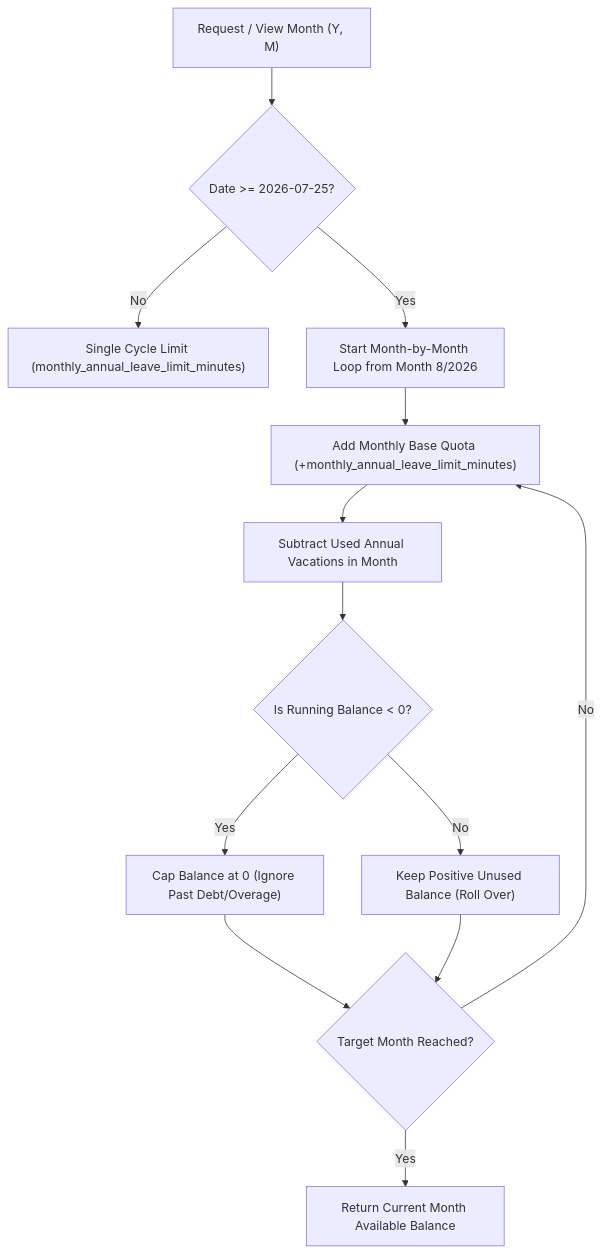
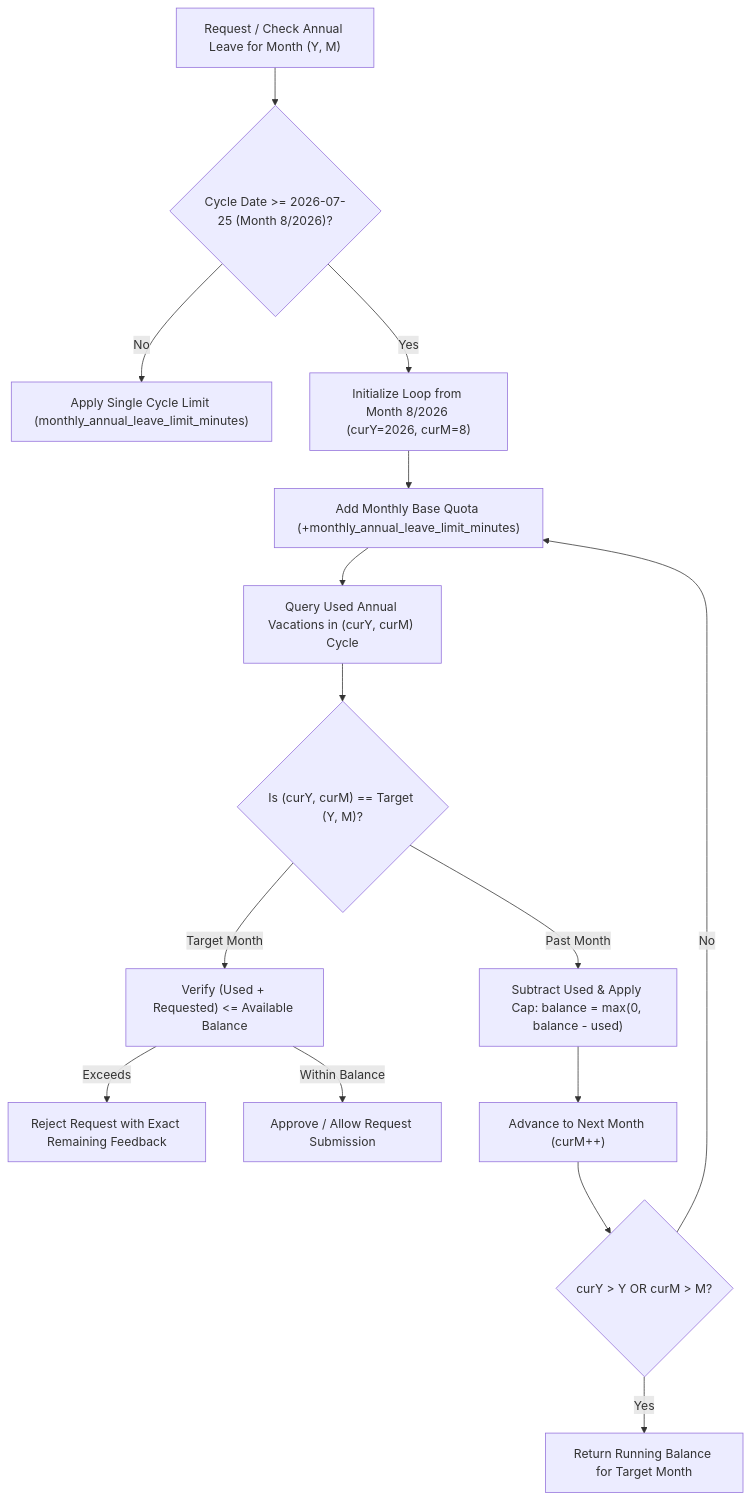
One commit to mohaba7ri/hadir_app changed the fourth of 5 diagrams in README.md. Above: the diagram before and after it, drawn with Mermaid. The commit also changed other lines of this file, not shown here.

Commit message:
docs: upgrade README.md with executive badges, sequence diagrams, and API routing documentation

````diff
--- a/README.md
+++ b/README.md
@@ -81,18 +124,22 @@
 ```mermaid
 flowchart TD
-    Start["Request / View Month (Y, M)"] --> BaselineCheck{"Date >= 2026-07-25?"}
-    BaselineCheck -- No --> SingleMonth["Single Cycle Limit (monthly_annual_leave_limit_minutes)"]
-    BaselineCheck -- Yes --> LoopStart["Start Month-by-Month Loop from Month 8/2026"]
+    Request["Request / Check Annual Leave for Month (Y, M)"] --> BaselineCheck{"Cycle Date >= 2026-07-25 (Month 8/2026)?"}
     
-    LoopStart --> Grant["Add Monthly Base Quota (+monthly_annual_leave_limit_minutes)"]
-    Grant --> Subtract["Subtract Used Annual Vacations in Month"]
-    Subtract --> CapCheck{"Is Running Balance < 0?"}
-    CapCheck -- Yes --> ResetZero["Cap Balance at 0 (Ignore Past Debt/Overage)"]
-    CapCheck -- No --> KeepBalance["Keep Positive Unused Balance (Roll Over)"]
+    BaselineCheck -- No --> StandardCycle["Apply Single Cycle Limit (monthly_annual_leave_limit_minutes)"]
+    BaselineCheck -- Yes --> InitLoop["Initialize Loop from Month 8/2026 (curY=2026, curM=8)"]
     
-    ResetZero --> NextMonth{"Target Month Reached?"}
-    KeepBalance --> NextMonth
+    InitLoop --> GrantQuota["Add Monthly Base Quota (+monthly_annual_leave_limit_minutes)"]
+    GrantQuota --> QueryUsed["Query Used Annual Vacations in (curY, curM) Cycle"]
     
-    NextMonth -- No --> Grant
-    NextMonth -- Yes --> Output["Return Current Month Available Balance"]
+    QueryUsed --> TargetCheck{"Is (curY, curM) == Target (Y, M)?"}
+    
+    TargetCheck -- Target Month --> CheckRequest["Verify (Used + Requested) <= Available Balance"]
+    CheckRequest -- Exceeds --> Reject["Reject Request with Exact Remaining Feedback"]
+    CheckRequest -- Within Balance --> Approve["Approve / Allow Request Submission"]
+    
+    TargetCheck -- Past Month --> CapDebt["Subtract Used & Apply Cap: balance = max(0, balance - used)"]
+    CapDebt --> AdvanceMonth["Advance to Next Month (curM++)"]
+    AdvanceMonth --> LoopCondition{"curY > Y OR curM > M?"}
+    LoopCondition -- No --> GrantQuota
+    LoopCondition -- Yes --> Finish["Return Running Balance for Target Month"]
 ```
````
